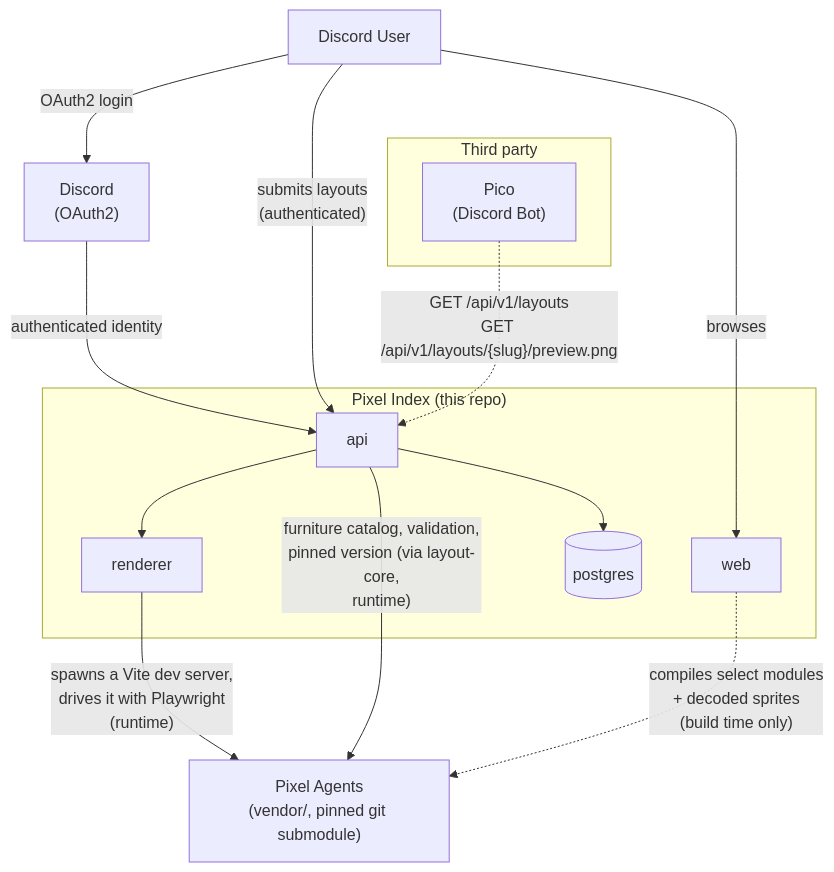
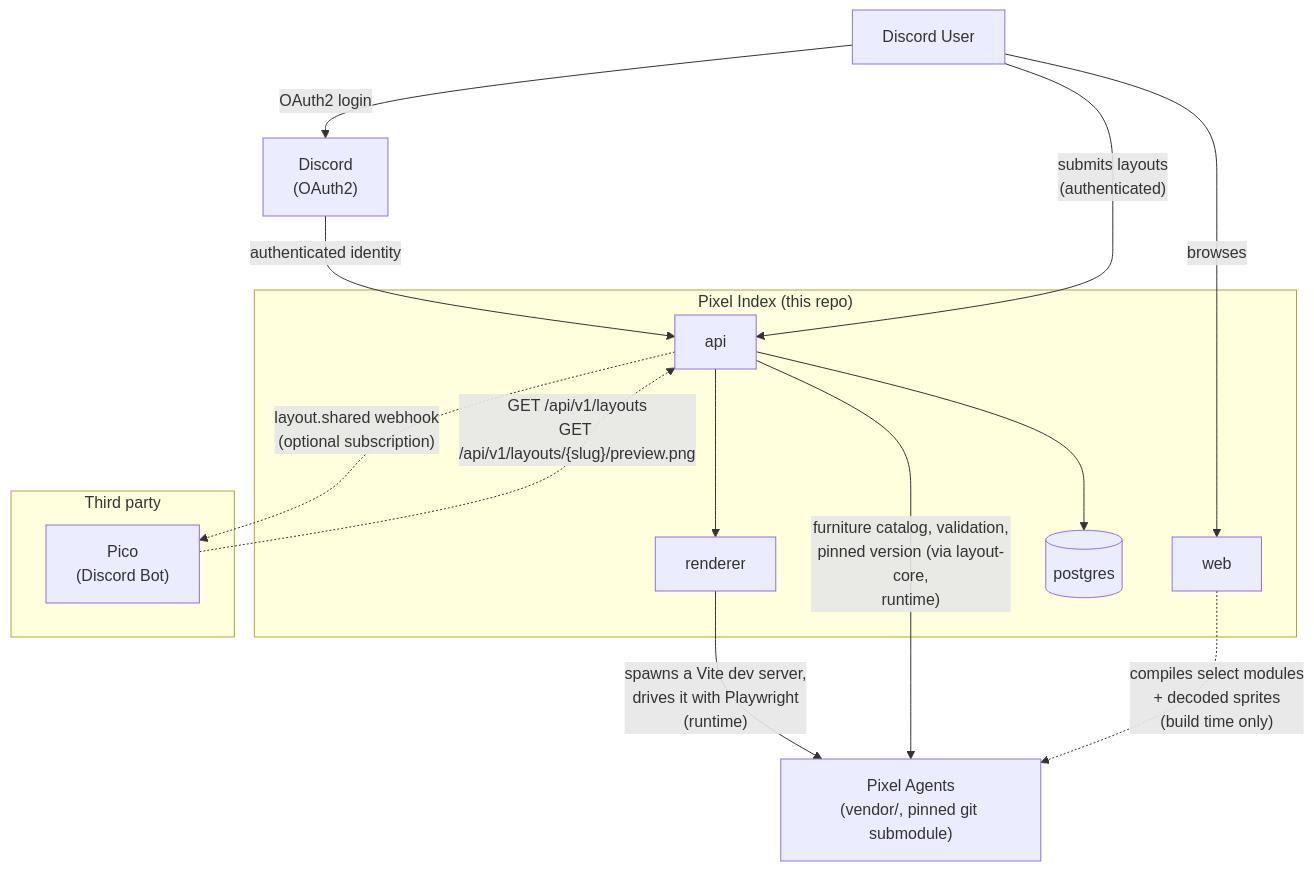
The first of 2 diagrams in docs/discord-integration.md (NNTin/pixel-index), drawn with Mermaid before and after one commit. The commit also changed other lines of this file and 6 other files, not shown here.

````diff
--- a/docs/discord-integration.md
+++ b/docs/discord-integration.md
@@ -13,32 +15,33 @@
 ```mermaid
 flowchart TB
     user["Discord User"]
 
     subgraph pixelIndex["Pixel Index (this repo)"]
         web["web"]
         api["api"]
         renderer["renderer"]
         postgres[("postgres")]
     end
 
     agents["Pixel Agents<br/>(vendor/, pinned git submodule)"]
     discord["Discord<br/>(OAuth2)"]
 
     subgraph thirdParty["Third party"]
         pico["Pico<br/>(Discord Bot)"]
     end
 
     user -- "browses" --> web
     user -- "OAuth2 login" --> discord
     discord -- "authenticated identity" --> api
     user -- "submits layouts<br/>(authenticated)" --> api
 
     api --> postgres
     api --> renderer
 
     renderer -- "spawns a Vite dev server,<br/>drives it with Playwright<br/>(runtime)" --> agents
     api -- "furniture catalog, validation,<br/>pinned version (via layout-core,<br/>runtime)" --> agents
     web -. "compiles select modules<br/>+ decoded sprites<br/>(build time only)" .-> agents
 
     pico -. "GET /api/v1/layouts<br/>GET /api/v1/layouts/{slug}/preview.png" .-> api
+    api -. "layout.shared webhook<br/>(optional subscription)" .-> pico
 ```
````
